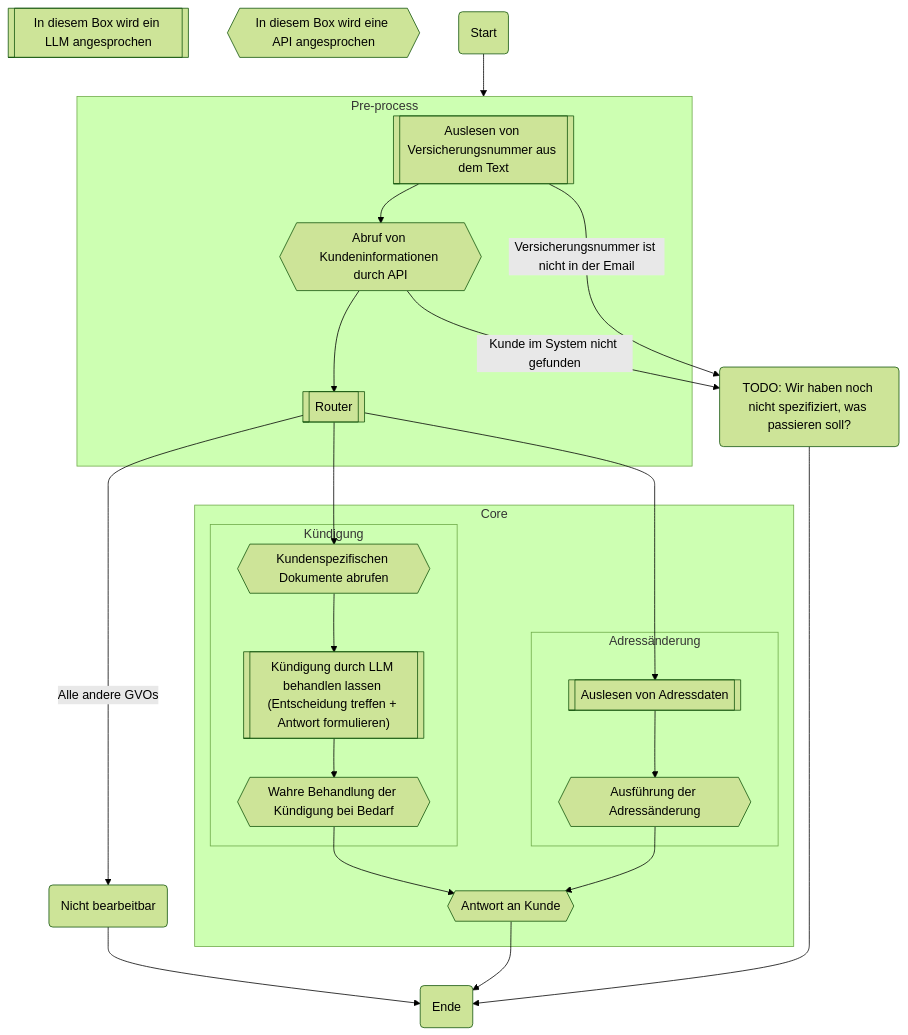
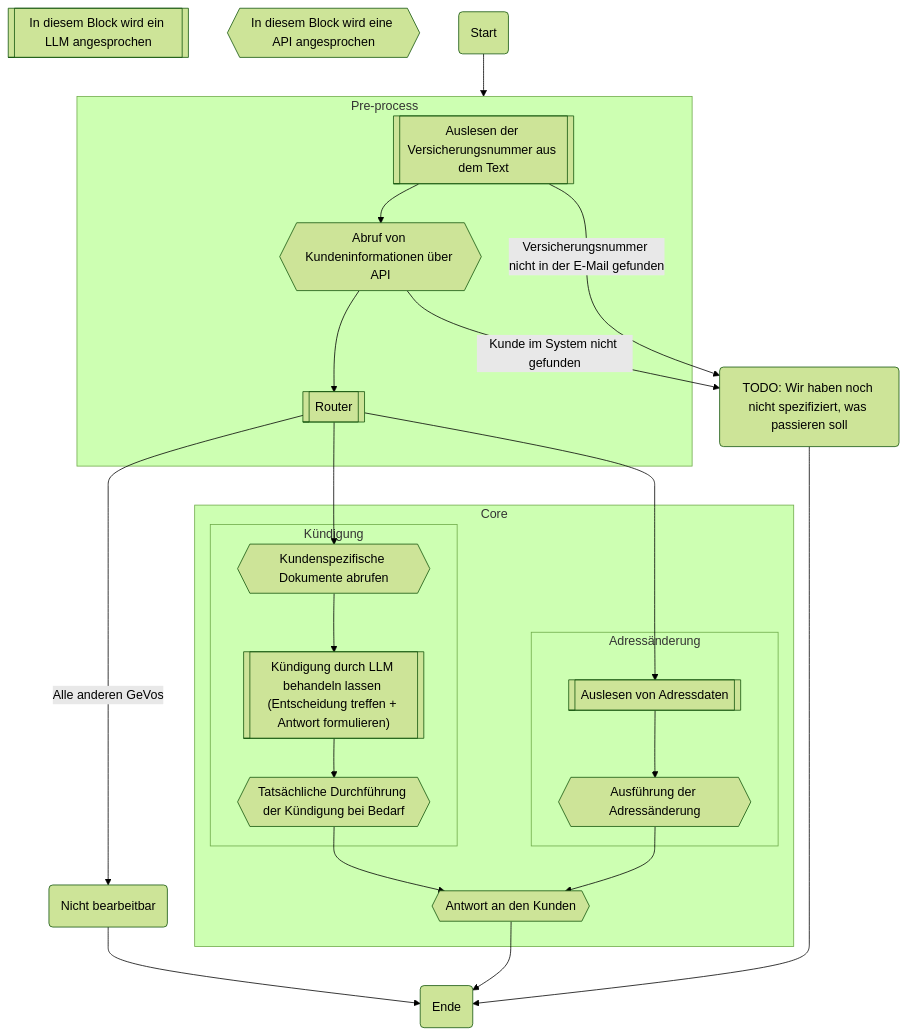
Before and after one commit to FausztBenedek/fcb-presentation-ki-workflow: the fourth of 10 diagrams in slides.md, drawn with Mermaid (forest theme). The commit also changed other lines of this file, not shown here.

````diff
--- a/slides.md
+++ b/slides.md
@@ -356,48 +348,47 @@
 ```mermaid
 
 graph TD
-    %% Explanations:
-    llm[[In diesem Box wird ein LLM angesprochen]]
-    api_call{{In diesem Box wird eine API angesprochen}}
+    llm[[In diesem Block wird ein LLM angesprochen]]
+    api_call{{In diesem Block wird eine API angesprochen}}
 
     __START__(Start)
     __START__ --> Pre-process
     subgraph Pre-process
-        customer_data_extract[["Auslesen von Versicherungsnummer aus dem Text"]]
-        fetch_customer_details{{"Abruf von Kundeninformationen durch API"}}
+        customer_data_extract[["Auslesen der Versicherungsnummer aus dem Text"]]
+        fetch_customer_details{{"Abruf von Kundeninformationen über API"}}
         router[["Router"]]
         customer_data_extract --> fetch_customer_details
         fetch_customer_details --> router
     end
-    router -->|Alle andere GVOs| uncovered
+    router -->|Alle anderen GeVos| uncovered
     router --> fetch_customer_documents
     router --> address_data_extract
     subgraph Core
         subgraph Kündigung
-            fetch_customer_documents{{"Kundenspezifischen Dokumente abrufen"}}
-            termination_handled_by_llm[["Kündigung durch LLM behandlen lassen (Entscheidung treffen + Antwort formulieren)"]]
+            fetch_customer_documents{{"Kundenspezifische Dokumente abrufen"}}
+            termination_handled_by_llm[["Kündigung durch LLM behandeln lassen (Entscheidung treffen + Antwort formulieren)"]]
             fetch_customer_documents --> termination_handled_by_llm
             termination_handled_by_llm --> termination_actual_handling
-            termination_actual_handling{{"Wahre Behandlung der Kündigung bei Bedarf"}}
+            termination_actual_handling{{"Tatsächliche Durchführung der Kündigung bei Bedarf"}}
         end
 
         subgraph Adressänderung
             address_data_extract[["Auslesen von Adressdaten"]]
             address_change_execute{{"Ausführung der Adressänderung"}}
             address_data_extract --> address_change_execute
         end
         termination_actual_handling --> answer
         address_change_execute --> answer
-        answer{{Antwort an Kunde}}
+        answer{{Antwort an den Kunden}}
 
     end
-    answer{{"Antwort an Kunde"}}
-    todo_node("TODO: Wir haben noch nicht spezifiziert, was passieren soll?")
+    answer{{"Antwort an den Kunden"}}
+    todo_node("TODO: Wir haben noch nicht spezifiziert, was passieren soll")
     fetch_customer_details --> |"Kunde im System nicht gefunden"|todo_node
-    customer_data_extract --> |"Versicherungsnummer ist nicht in der Email"|todo_node
+    customer_data_extract --> |"Versicherungsnummer nicht in der E-Mail gefunden"|todo_node
     answer --> __END__
     todo_node --> __END__
     __END__(Ende)
     uncovered("Nicht bearbeitbar") --> __END__;
 
 ```
````
